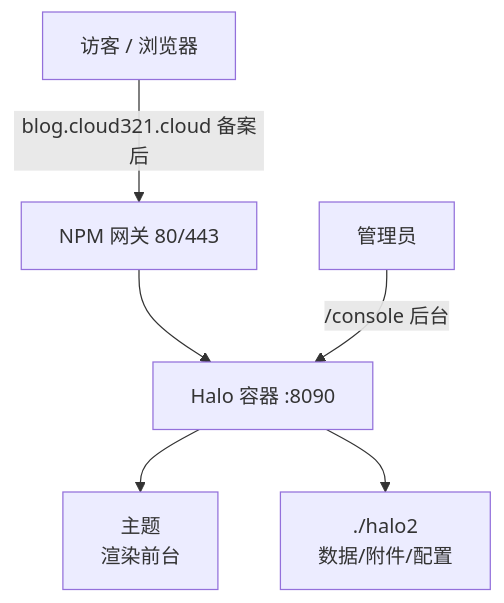
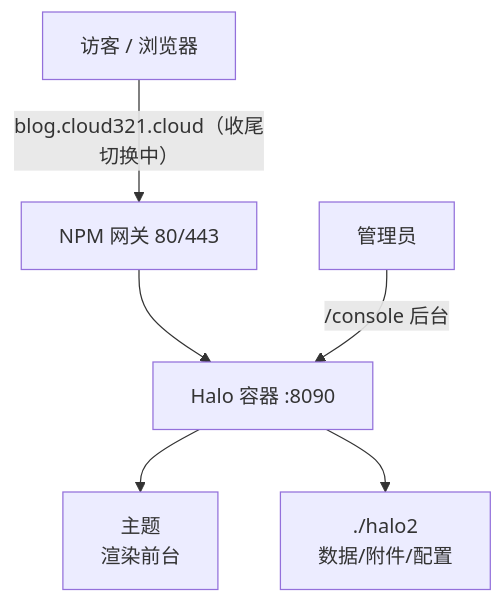
The diagram in 09 Halo博客部署.md (10code2/MyCloud-Vault), drawn with Mermaid before and after one commit. The commit also changed other lines of this file and 7 other files, not shown here.

````diff
--- a/09 Halo博客部署.md
+++ b/09 Halo博客部署.md
@@ -20,8 +20,8 @@
 ```mermaid
 flowchart TD
-    Visitor[访客 / 浏览器] -->|blog.cloud321.cloud 备案后| NPM[NPM 网关 80/443]
+    Visitor[访客 / 浏览器] -->|blog.cloud321.cloud（收尾切换中）| NPM[NPM 网关 80/443]
     NPM --> Halo[Halo 容器 :8090]
     Admin[管理员] -->|/console 后台| Halo
     Halo --> Theme[主题<br/>渲染前台]
     Halo --> Data[./halo2<br/>数据/附件/配置]
 ```
````
